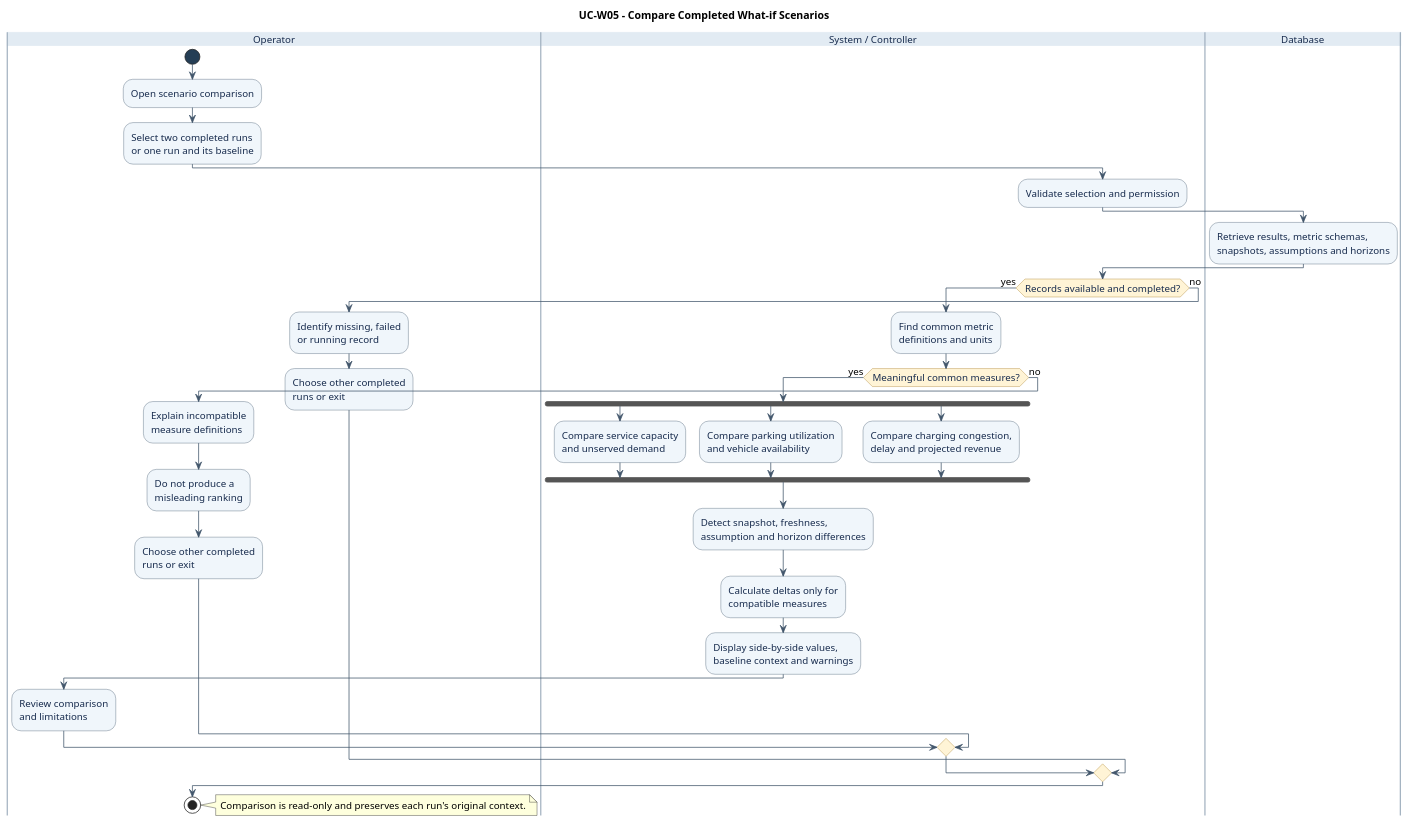
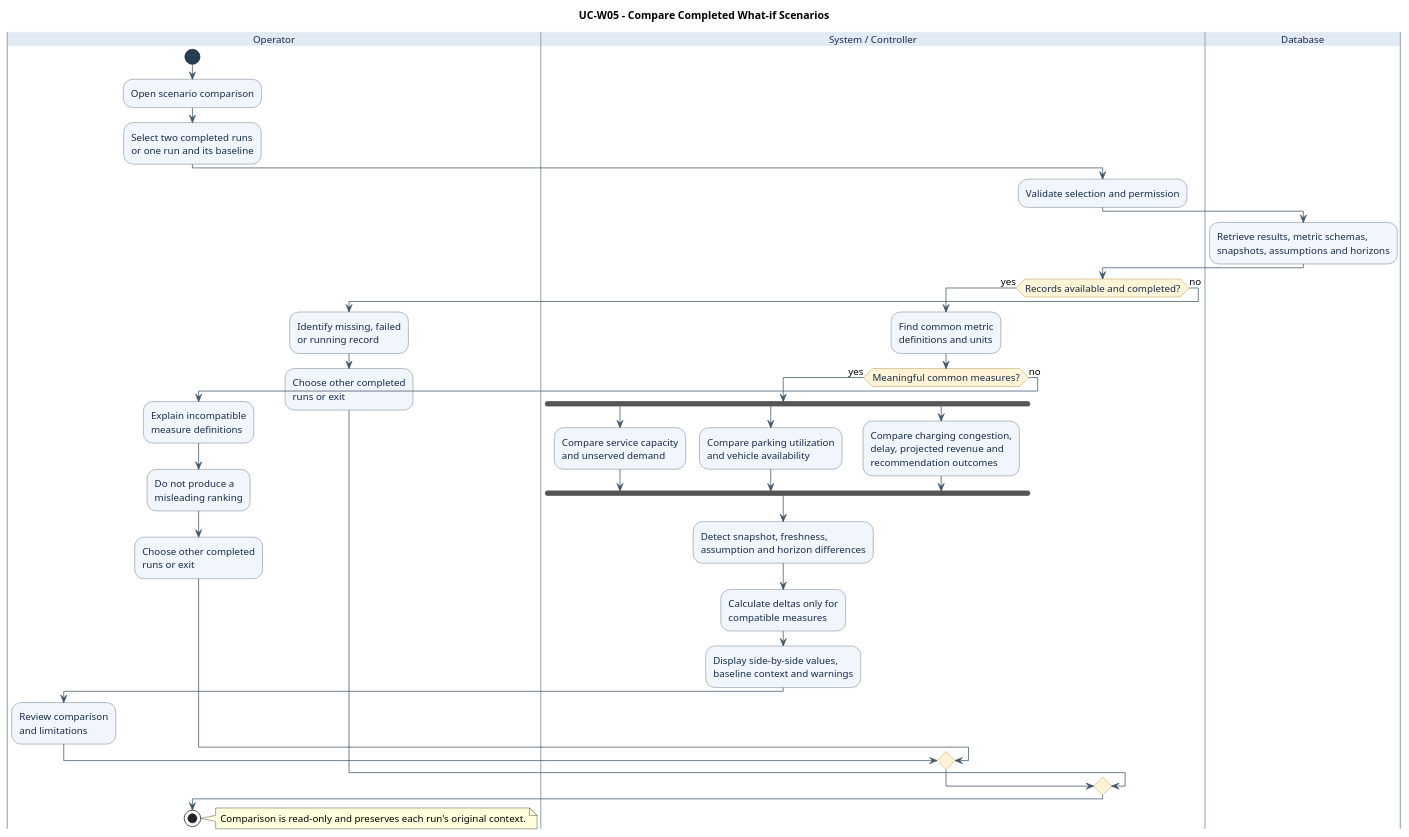
Before and after one commit to thanhpham1108/smart-e-mobility-hub: the diagram in docs/submission-2/activity-diagrams/what-if-simulation/AD_CompareWhatIfScenarios.puml, drawn with PlantUML. The commit also changed 23 other files, not shown here.

```diff
--- a/docs/submission-2/activity-diagrams/what-if-simulation/AD_CompareWhatIfScenarios.puml
+++ b/docs/submission-2/activity-diagrams/what-if-simulation/AD_CompareWhatIfScenarios.puml
@@ -1,83 +1,84 @@
 @startuml AD_CompareWhatIfScenarios
 title UC-W05 - Compare Completed What-if Scenarios
 
 skinparam backgroundColor #FFFFFF
 skinparam shadowing false
 skinparam defaultFontName SansSerif
 skinparam defaultFontSize 13
 skinparam conditionEndStyle diamond
 skinparam ArrowColor #42566B
 skinparam activity {
   BackgroundColor #F0F6FB
   BorderColor #42566B
   FontColor #172B4D
   DiamondBackgroundColor #FFF4D6
   DiamondBorderColor #A67C23
   StartColor #253E55
   EndColor #253E55
 }
 skinparam swimlane {
   BorderColor #9AAABA
   TitleBackgroundColor #E2EBF3
   TitleFontColor #172B4D
 }
 
 |Operator|
 start
 :Open scenario comparison;
 :Select two completed runs
 or one run and its baseline;
 
 |System / Controller|
 :Validate selection and permission;
 
 |Database|
 :Retrieve results, metric schemas,
 snapshots, assumptions and horizons;
 
 |System / Controller|
 if (Records available and completed?) then (yes)
   :Find common metric
   definitions and units;
   if (Meaningful common measures?) then (yes)
     fork
       :Compare service capacity
       and unserved demand;
     fork again
       :Compare parking utilization
       and vehicle availability;
     fork again
       :Compare charging congestion,
-      delay and projected revenue;
+      delay, projected revenue and
+      recommendation outcomes;
     end fork
     :Detect snapshot, freshness,
     assumption and horizon differences;
     :Calculate deltas only for
     compatible measures;
     :Display side-by-side values,
     baseline context and warnings;
     |Operator|
     :Review comparison
     and limitations;
   else (no)
     :Explain incompatible
     measure definitions;
     :Do not produce a
     misleading ranking;
     |Operator|
     :Choose other completed
     runs or exit;
   endif
 else (no)
   :Identify missing, failed
   or running record;
   |Operator|
   :Choose other completed
   runs or exit;
 endif
 stop
 
 note right
 Comparison is read-only and preserves each run's original context.
 end note
 @enduml
```
